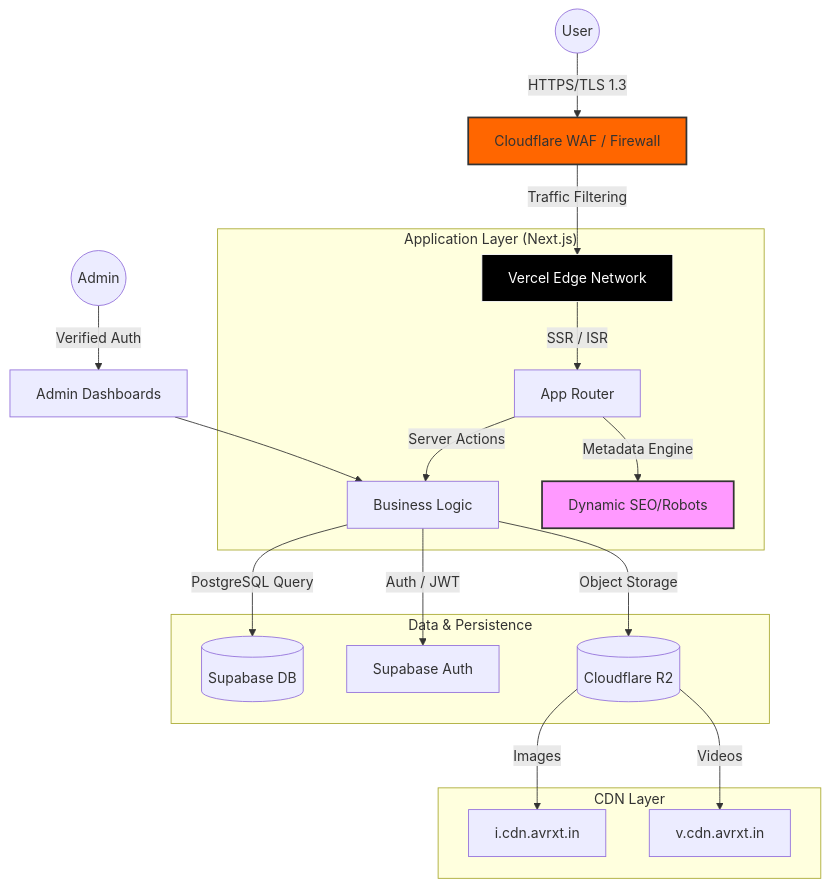
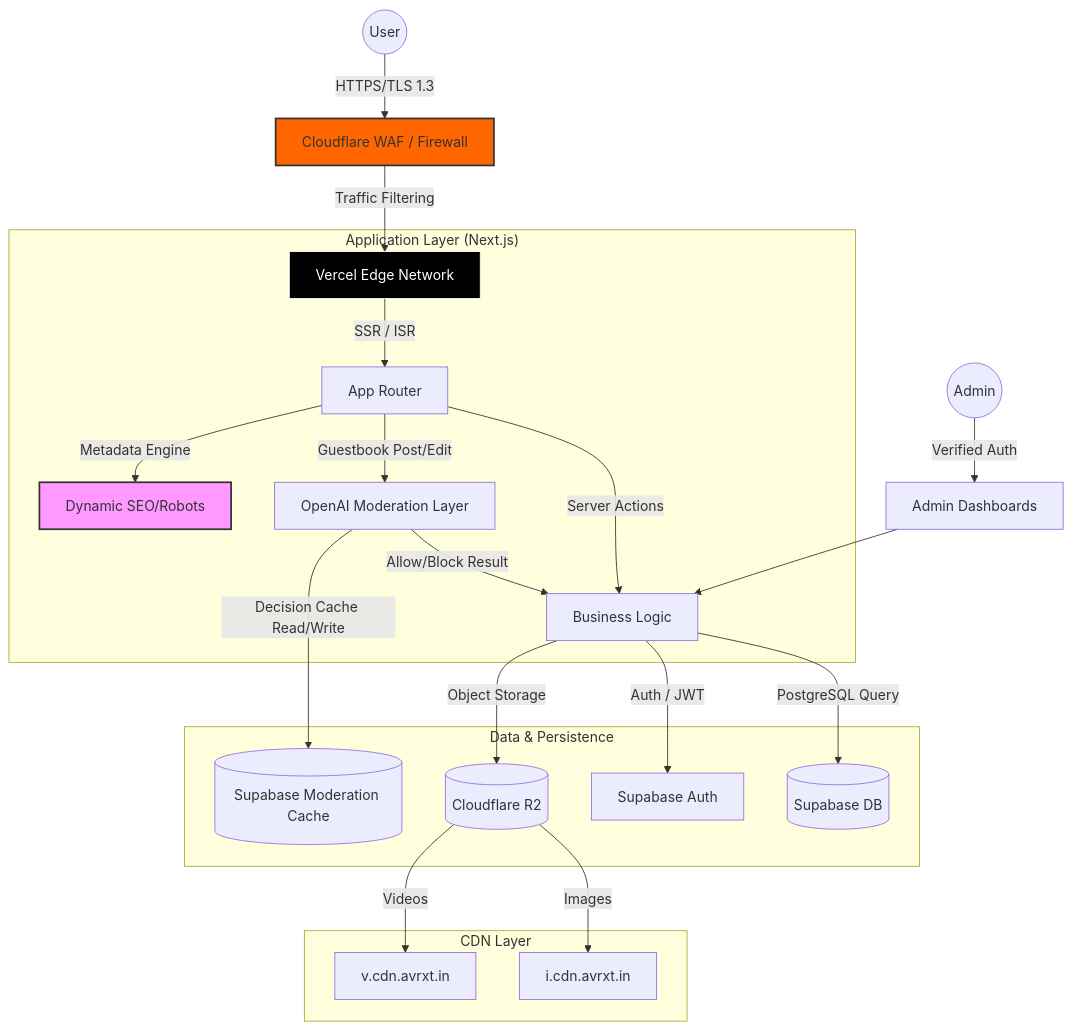
The first of 4 diagrams in README.md (avrxtcloud/avrxt-in), drawn with Mermaid before and after one commit. The commit also changed other lines of this file, not shown here.

Commit message:
docs: expand README with v4 core moderation architecture and setup

````diff
--- a/README.md
+++ b/README.md
@@ -11,29 +11,53 @@
 ```mermaid
+
 graph TD
+
     User((User)) -->|HTTPS/TLS 1.3| WAF[Cloudflare WAF / Firewall]
+
     WAF -->|Traffic Filtering| Vercel[Vercel Edge Network]
-    
+
     subgraph "Application Layer (Next.js)"
+
         Vercel -->|SSR / ISR| AppRouter[App Router]
+
         AppRouter -->|Server Actions| Logic[Business Logic]
+
+        AppRouter -->|Guestbook Post/Edit| ModLayer[OpenAI Moderation Layer]
+
+        ModLayer -->|Allow/Block Result| Logic
+
         AppRouter -->|Metadata Engine| SEO[Dynamic SEO/Robots]
+
     end
 
     subgraph "Data & Persistence"
+
         Logic -->|PostgreSQL Query| SupabaseDB[(Supabase DB)]
+
         Logic -->|Auth / JWT| SupabaseAuth[Supabase Auth]
+
         Logic -->|Object Storage| R2[(Cloudflare R2)]
+
+        ModLayer -->|Decision Cache Read/Write| ModCache[(Supabase Moderation Cache)]
+
     end
 
     subgraph "CDN Layer"
+
         R2 -->|Images| i_cdn[i.cdn.avrxt.in]
+
         R2 -->|Videos| v_cdn[v.cdn.avrxt.in]
+
     end
 
     Admin((Admin)) -->|Verified Auth| AdminPanels[Admin Dashboards]
+
     AdminPanels --> Logic
 
     style SEO fill:#f9f,stroke:#333,stroke-width:2px
+
     style WAF fill:#f60,stroke:#333,stroke-width:2px
+
     style Vercel fill:#000,stroke:#fff,color:#fff
+
 ```
````
